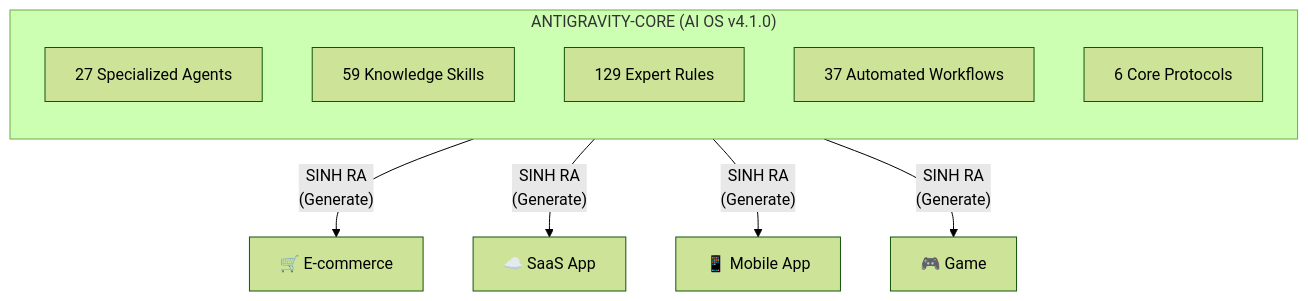
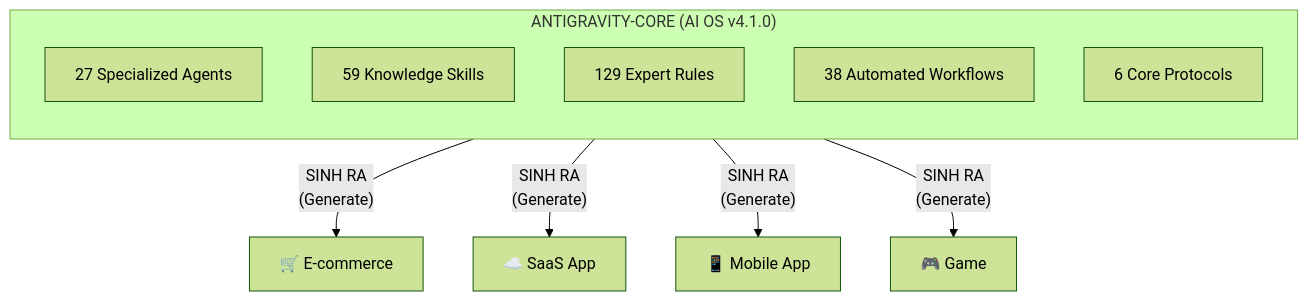
Before and after one commit to tuyenht/Antigravity-Core: the first of 2 diagrams in README.md, drawn with Mermaid (forest theme). The commit also changed other lines of this file and 11 other files, not shown here.

````diff
--- a/README.md
+++ b/README.md
@@ -21,16 +21,16 @@
 ```mermaid
 graph TB
     subgraph OS["ANTIGRAVITY-CORE (AI OS v4.1.0)"]
         direction TB
         A["27 Specialized Agents"]
         B["59 Knowledge Skills"]
         C["129 Expert Rules"]
-        D["37 Automated Workflows"]
+        D["38 Automated Workflows"]
         E["6 Core Protocols"]
     end
 
     OS -->|"SINH RA<br/>(Generate)"| P1["🛒 E-commerce"]
     OS -->|"SINH RA<br/>(Generate)"| P2["☁️ SaaS App"]
     OS -->|"SINH RA<br/>(Generate)"| P3["📱 Mobile App"]
     OS -->|"SINH RA<br/>(Generate)"| P4["🎮 Game"]
 ```
````
